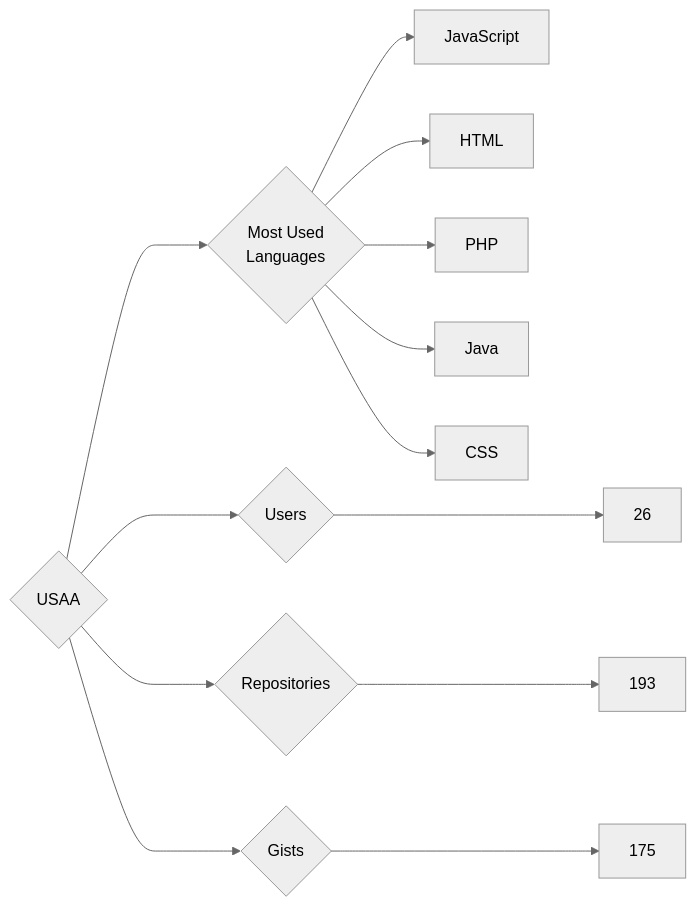
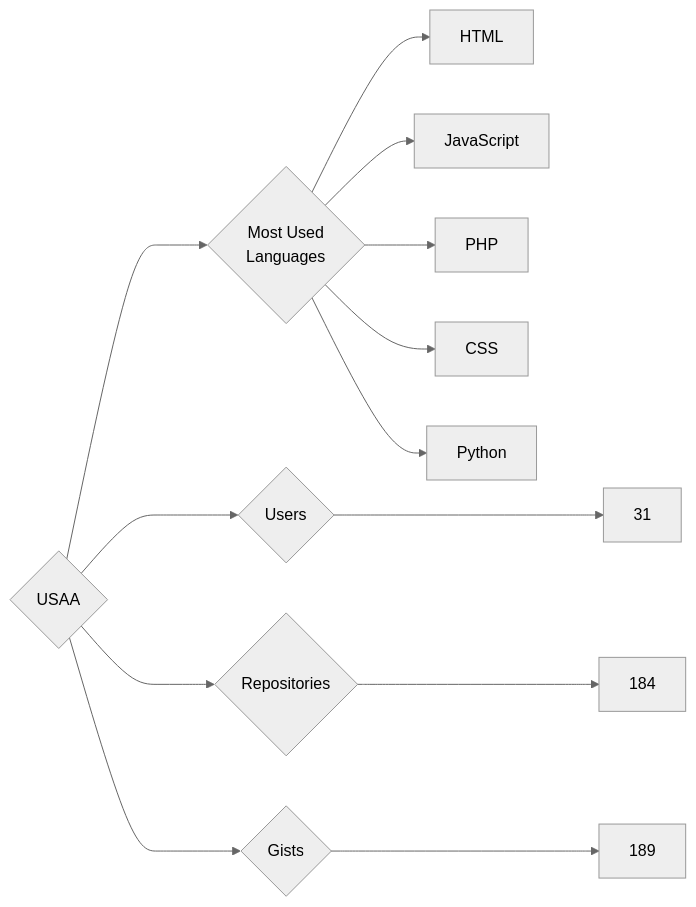
One commit to trickest/insiders changed the diagram in targets/USAA/README.md. Above: the diagram before and after it, drawn with Mermaid (neutral theme). The commit also changed 794 other files, not shown here.

````diff
--- a/targets/USAA/README.md
+++ b/targets/USAA/README.md
@@ -3,13 +3,13 @@
 ```mermaid
 graph LR
 COMPANY_NAME{USAA}
-COMPANY_NAME ---> U{Users} ---> UN[26]
-COMPANY_NAME ---> R{Repositories} ---> RN[193]
-COMPANY_NAME ---> G{Gists} ---> GN[175]
+COMPANY_NAME ---> U{Users} ---> UN[31]
+COMPANY_NAME ---> R{Repositories} ---> RN[184]
+COMPANY_NAME ---> G{Gists} ---> GN[189]
 COMPANY_NAME ---> ML{Most Used<br>Languages}
+ML --> HTML[HTML]
 ML --> JavaScript[JavaScript]
-ML --> HTML[HTML]
 ML --> PHP[PHP]
-ML --> Java[Java]
 ML --> CSS[CSS]
+ML --> Python[Python]
 ```
````
